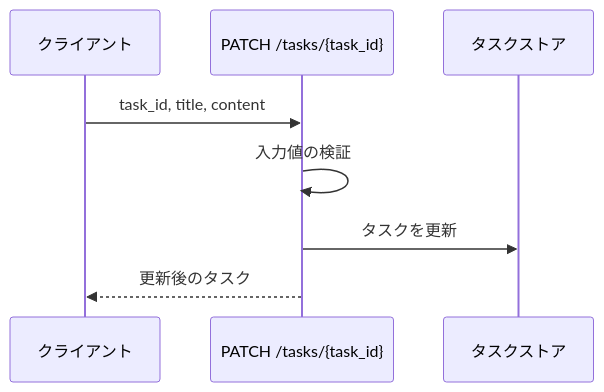
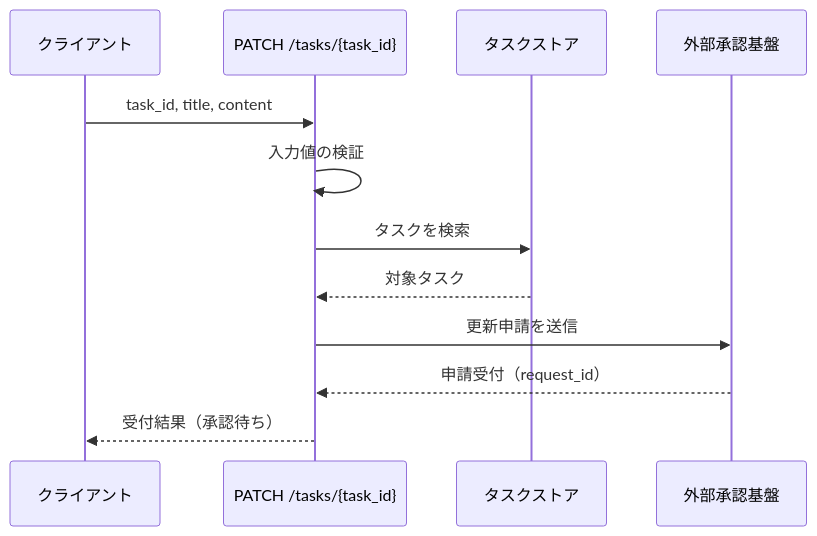
One commit to shuhei1101/ai-monitor-e2e changed the first of 4 diagrams in docs/wiki/設計図/バックエンド結合/タスク更新.py.md. Above: the diagram before and after it, drawn with Mermaid. The commit also changed other lines of this file, not shown here.

````diff
--- a/docs/wiki/設計図/バックエンド結合/タスク更新.py.md
+++ b/docs/wiki/設計図/バックエンド結合/タスク更新.py.md
@@ -55,11 +61,15 @@
 ```mermaid
 sequenceDiagram
   participant C as クライアント
   participant IF as PATCH /tasks/{task_id}
   participant DB as タスクストア
+  participant AP as 外部承認基盤
 
   C->>IF: task_id, title, content
   IF->>IF: 入力値の検証
-  IF->>DB: タスクを更新
-  IF-->>C: 更新後のタスク
+  IF->>DB: タスクを検索
+  DB-->>IF: 対象タスク
+  IF->>AP: 更新申請を送信
+  AP-->>IF: 申請受付（request_id）
+  IF-->>C: 受付結果（承認待ち）
 ```
````
